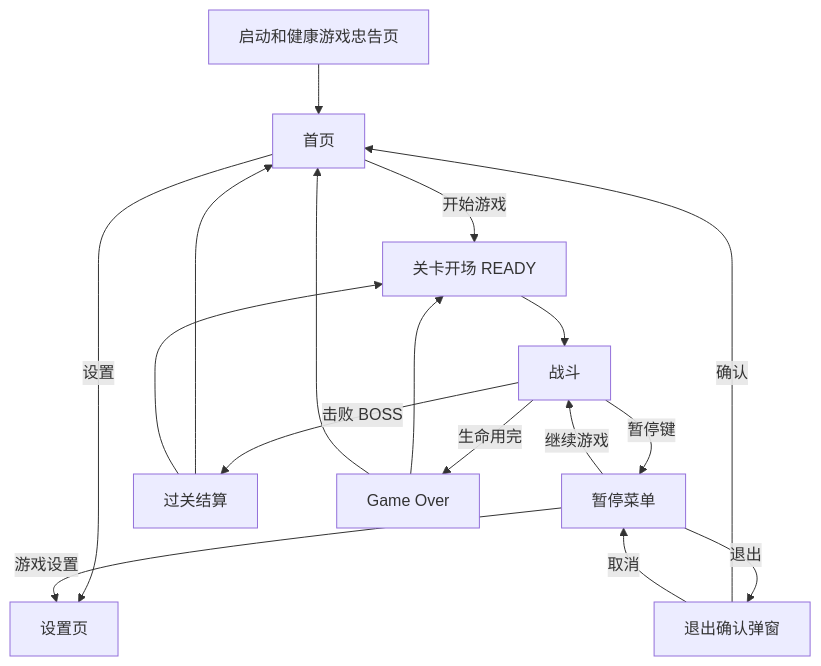
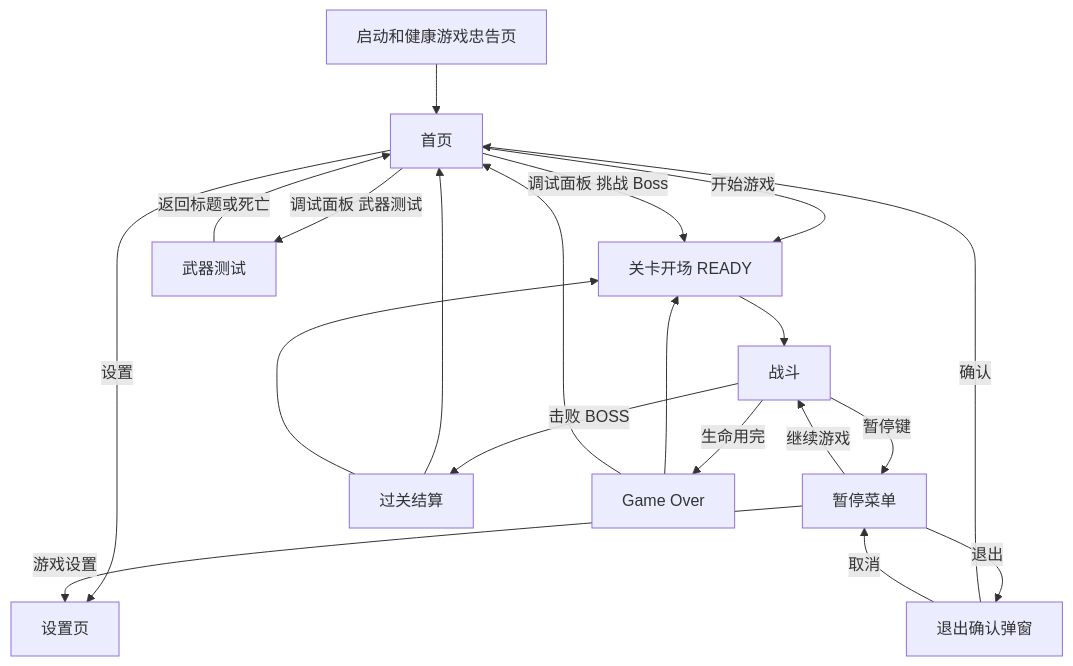
One commit to thedb/dianlei changed the diagram in docs/电雷_设计文档_v1.1.md. Above: the diagram before and after it, drawn with Mermaid. The commit also changed other lines of this file and 26 other files, not shown here.

````diff
--- a/docs/电雷_设计文档_v1.1.md
+++ b/docs/电雷_设计文档_v1.1.md
@@ -413,19 +423,22 @@
 ```mermaid
 flowchart TD
   A[启动和健康游戏忠告页] --> B[首页]
   B -->|开始游戏| C[关卡开场 READY]
   B -->|设置| S[设置页]
+  B -->|调试面板 挑战 Boss| C
+  B -->|调试面板 武器测试| W[武器测试]
+  W -->|返回标题或死亡| B
   C --> D[战斗]
   D -->|暂停键| P[暂停菜单]
   P -->|继续游戏| D
   P -->|游戏设置| S
   P -->|退出| Q[退出确认弹窗]
   Q -->|确认| B
   Q -->|取消| P
   D -->|击败 BOSS| R[过关结算]
   D -->|生命用完| G[Game Over]
   R --> B
   R --> C
   G --> C
   G --> B
 ```
````
